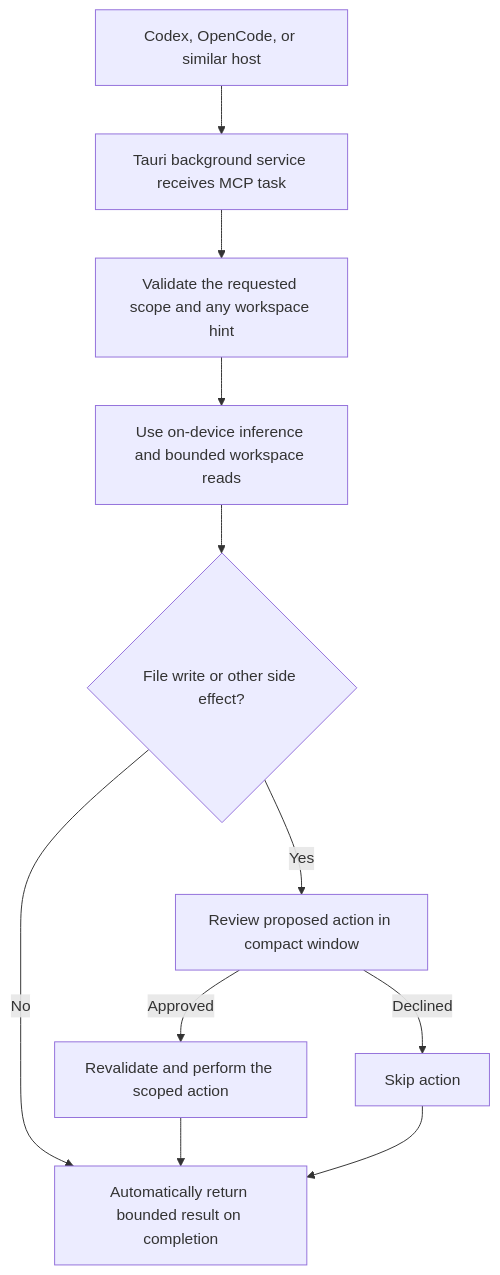
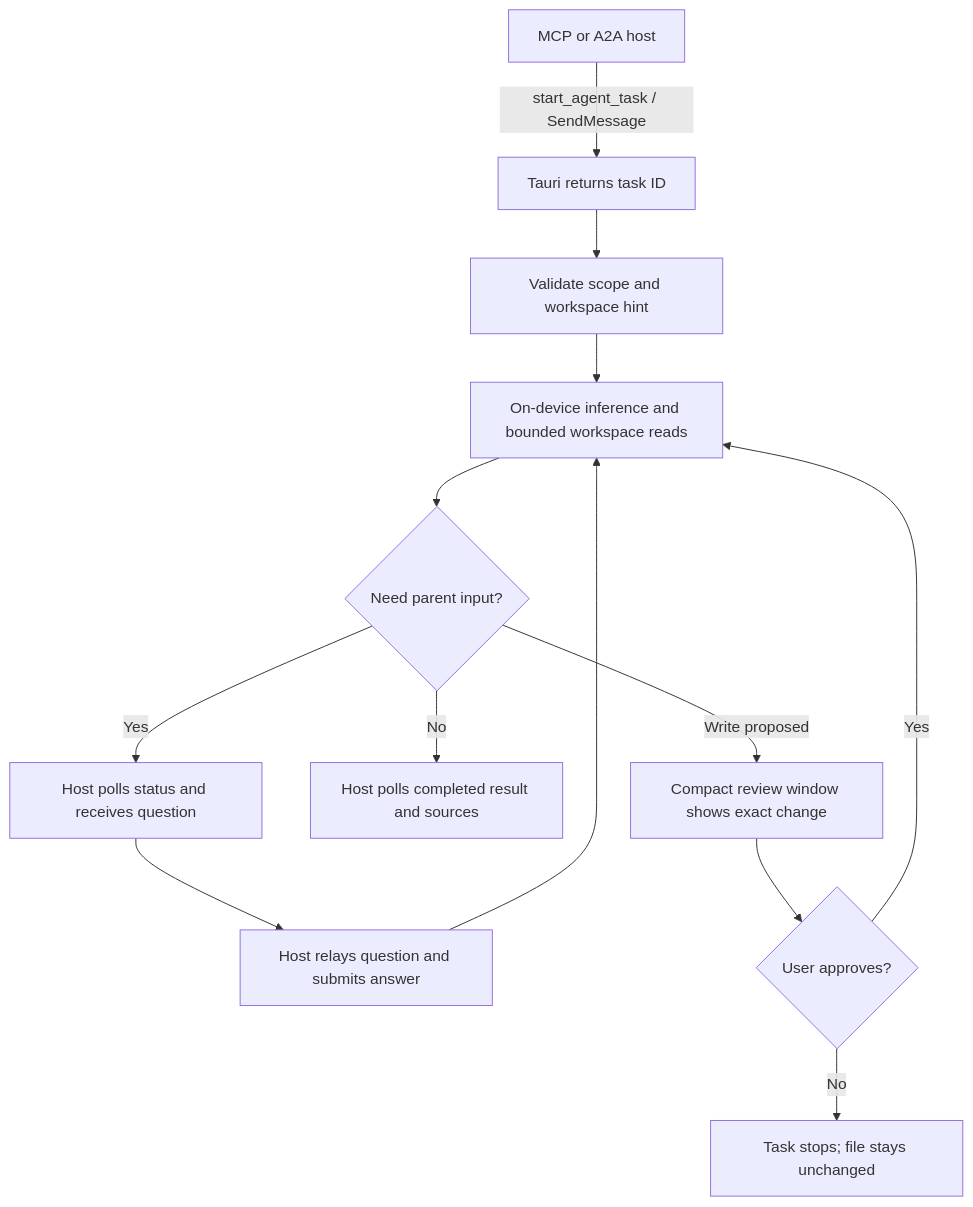
The diagram in plans/local-desktop-product-plan.md (meharajM/ai-worker-desktop), drawn with Mermaid before and after one commit. The commit also changed other lines of this file and 15 other files, not shown here.

Commit message:
feat: connect Tauri agent tasks to MCP hosts

````diff
--- a/plans/local-desktop-product-plan.md
+++ b/plans/local-desktop-product-plan.md
@@ -9,13 +9,15 @@
 ```mermaid
 flowchart TD
-    A["Codex, OpenCode, or similar host"] --> B["Tauri background service receives MCP task"]
-    B --> C["Validate the requested scope and any workspace hint"]
-    C --> D["Use on-device inference and bounded workspace reads"]
-    D --> E{"File write or other side effect?"}
-    E -->|Yes| F["Review proposed action in compact window"]
-    F -->|Approved| G["Revalidate and perform the scoped action"]
-    F -->|Declined| H["Skip action"]
-    E -->|No| I["Automatically return bounded result on completion"]
-    G --> I
-    H --> I
+    A["MCP or A2A host"] -->|start_agent_task / SendMessage| B["Tauri returns task ID"]
+    B --> C["Validate scope and workspace hint"]
+    C --> D["On-device inference and bounded workspace reads"]
+    D --> E{"Need parent input?"}
+    E -->|Yes| F["Host polls status and receives question"]
+    F --> G["Host relays question and submits answer"]
+    G --> D
+    E -->|No| H["Host polls completed result and sources"]
+    E -->|Write proposed| I["Compact review window shows exact change"]
+    I --> J{"User approves?"}
+    J -->|Yes| D
+    J -->|No| K["Task stops; file stays unchanged"]
 ```
````
